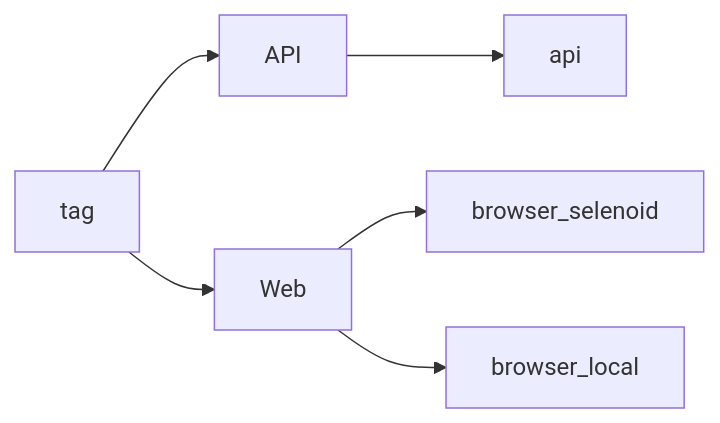
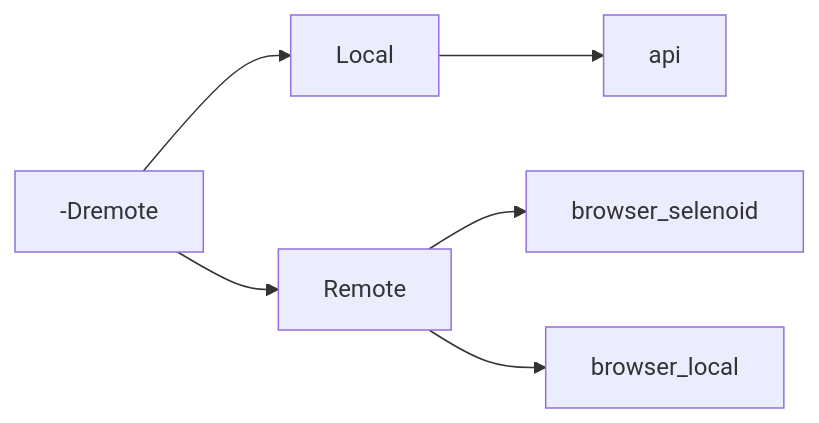
One commit to berezovskievgenisergeevich/oui-webapp changed the second of 2 diagrams in README.md. Above: the diagram before and after it, drawn with Mermaid.

````diff
--- a/README.md
+++ b/README.md
@@ -118,8 +118,8 @@
 ```mermaid
 graph LR
-A[tag] --> B[API]
-A --> C[Web]
+A[-Dremote] --> B[Local]
+A --> C[Remote]
 B --> K[api]
 C --> E[browser_selenoid]
 C --> F[browser_local]
 ```
````
